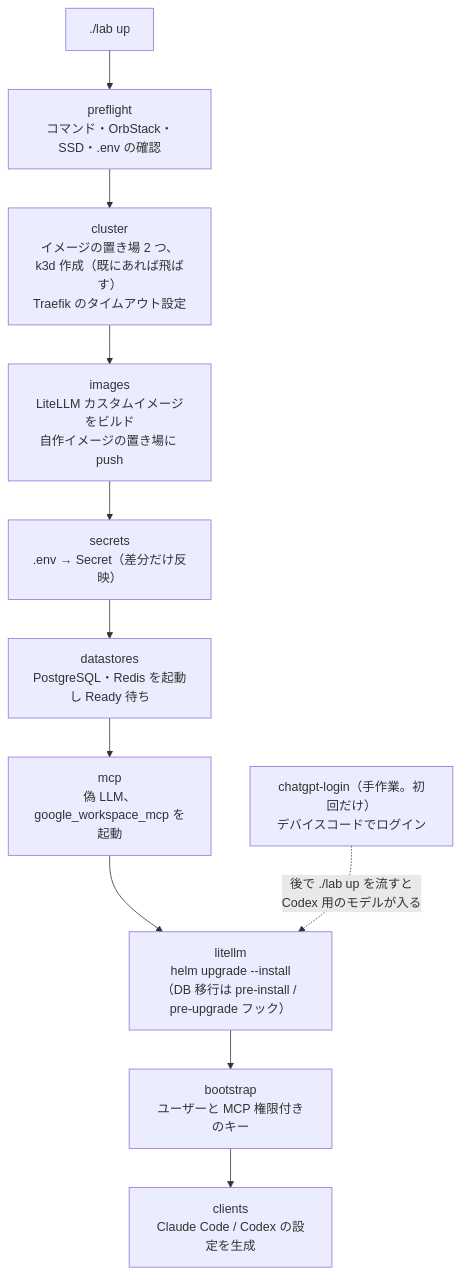
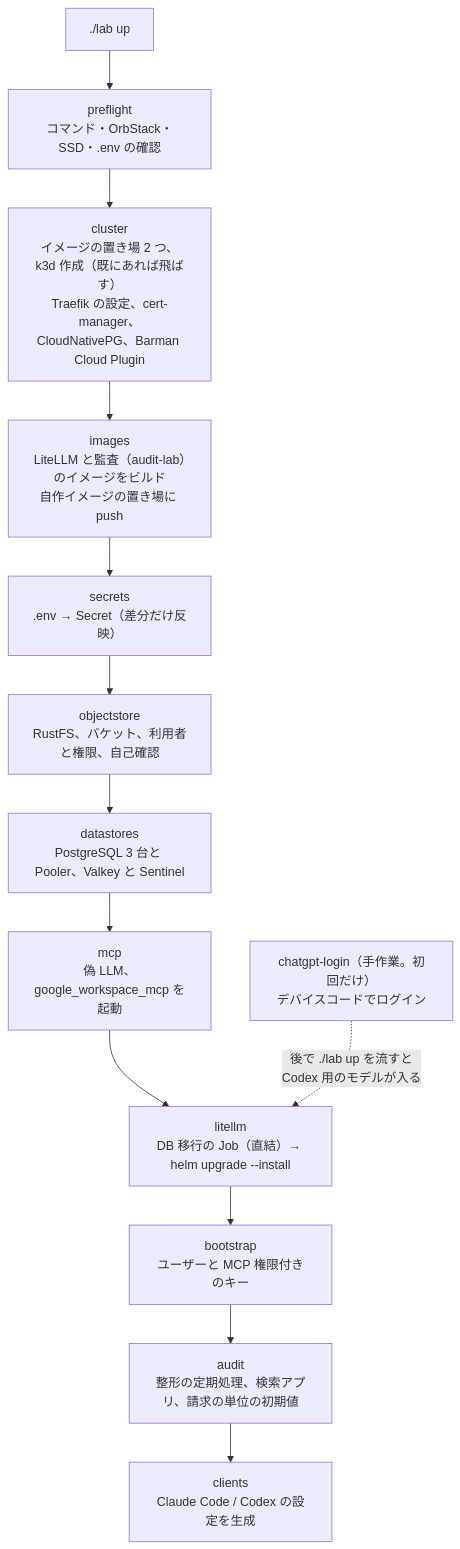
Before and after one commit to notfolder/litellm-agent-gateway-lab: the second of 3 diagrams in docs/design.md, drawn with Mermaid. The commit also changed other lines of this file and 19 other files, not shown here.

````diff
--- a/docs/design.md
+++ b/docs/design.md
@@ -137,13 +165,15 @@
 ```mermaid
 flowchart TB
     A["./lab up"] --> P["preflight<br/>コマンド・OrbStack・SSD・.env の確認"]
-    P --> C["cluster<br/>イメージの置き場 2 つ、k3d 作成（既にあれば飛ばす）<br/>Traefik のタイムアウト設定"]
-    C --> I["images<br/>LiteLLM カスタムイメージをビルド<br/>自作イメージの置き場に push"]
+    P --> C["cluster<br/>イメージの置き場 2 つ、k3d 作成（既にあれば飛ばす）<br/>Traefik の設定、cert-manager、CloudNativePG、Barman Cloud Plugin"]
+    C --> I["images<br/>LiteLLM と監査（audit-lab）のイメージをビルド<br/>自作イメージの置き場に push"]
     I --> S["secrets<br/>.env → Secret（差分だけ反映）"]
-    S --> D["datastores<br/>PostgreSQL・Redis を起動し Ready 待ち"]
+    S --> O["objectstore<br/>RustFS、バケット、利用者と権限、自己確認"]
+    O --> D["datastores<br/>PostgreSQL 3 台と Pooler、Valkey と Sentinel"]
     D --> M["mcp<br/>偽 LLM、google_workspace_mcp を起動"]
-    M --> L["litellm<br/>helm upgrade --install<br/>（DB 移行は pre-install / pre-upgrade フック）"]
+    M --> L["litellm<br/>DB 移行の Job（直結）→ helm upgrade --install"]
     L --> B["bootstrap<br/>ユーザーと MCP 権限付きのキー"]
-    B --> CL["clients<br/>Claude Code / Codex の設定を生成"]
+    B --> AU["audit<br/>整形の定期処理、検索アプリ、請求の単位の初期値"]
+    AU --> CL["clients<br/>Claude Code / Codex の設定を生成"]
     G["chatgpt-login（手作業。初回だけ）<br/>デバイスコードでログイン"] -. "後で ./lab up を流すと<br/>Codex 用のモデルが入る" .-> L
 ```
````
